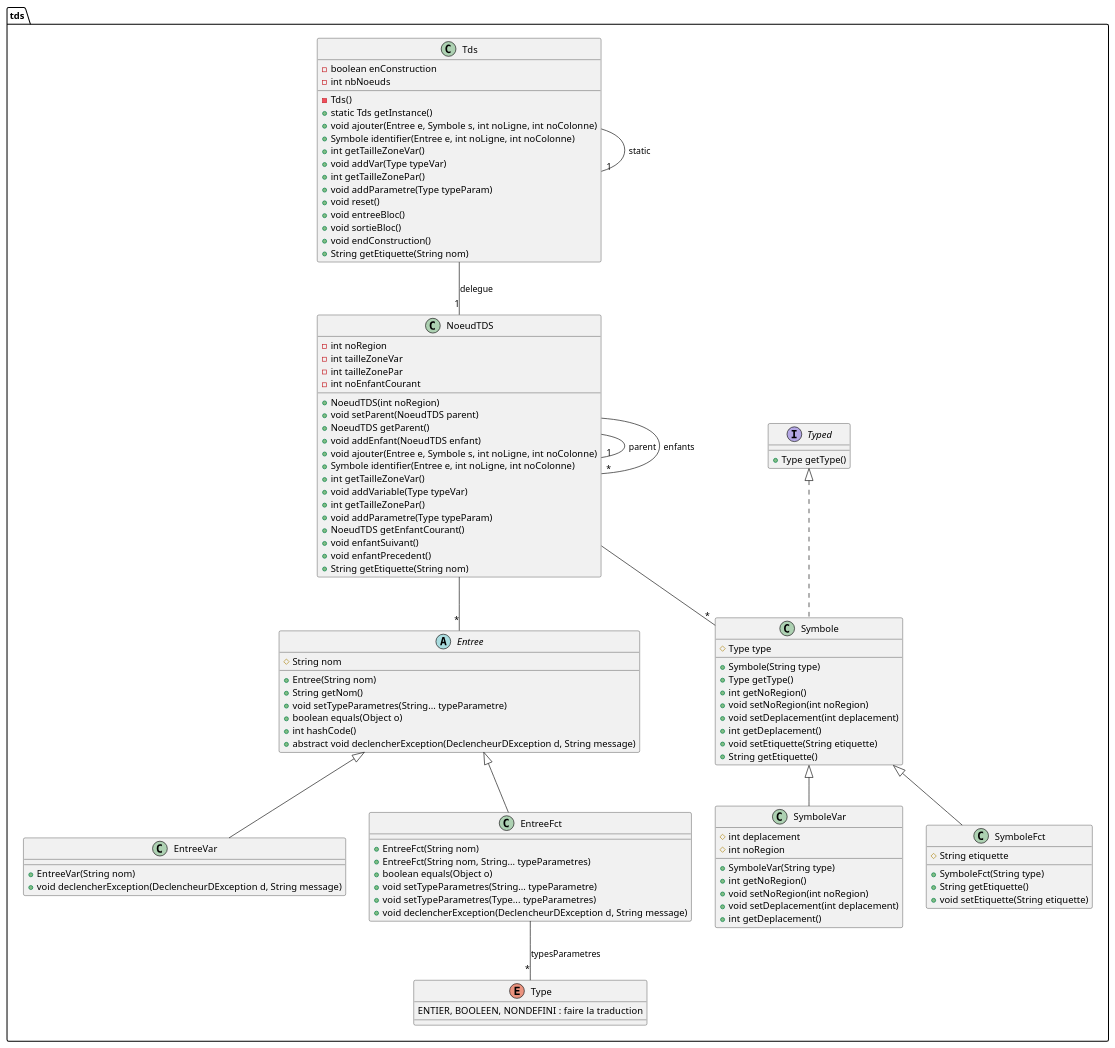
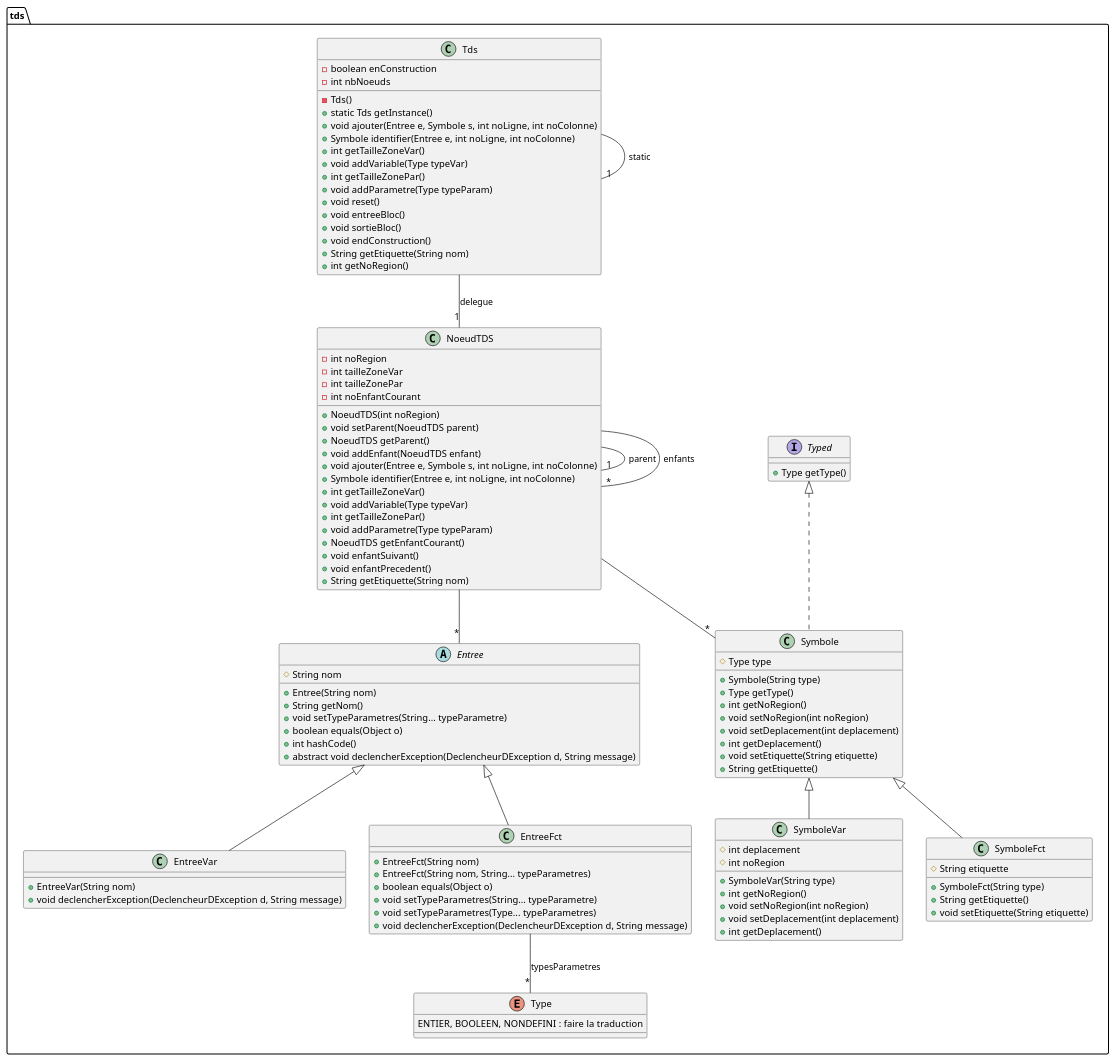
Before and after one commit to wehddn/L3-Compilation-Projet: the diagram in src/Diagrammes/tds.puml, drawn with PlantUML. The commit also changed 6 other files, not shown here.

Commit message:
Implementation du diagramme de classe - Modification du diagramme de classe - Les noeudsTDS ont maintenant les bons numéros de bloc - Changement de version

```diff
--- a/src/Diagrammes/tds.puml
+++ b/src/Diagrammes/tds.puml
@@ -1,121 +1,122 @@
 @startuml
 together {
 	package tds {
 		together {
 
 			class Symbole implements Typed {
 				# Type type
 				+ Symbole(String type)
 				+ Type getType()
 				+ int getNoRegion()
 				+ void setNoRegion(int noRegion)
 				+ void setDeplacement(int deplacement)
 				+ int getDeplacement()
 				+ void setEtiquette(String etiquette)
 				+ String getEtiquette()
 			}
 
 			class SymboleVar extends Symbole {
 				# int deplacement
 				# int noRegion
 				+ SymboleVar(String type)
 				+ int getNoRegion()
 				+ void setNoRegion(int noRegion)
 				+ void setDeplacement(int deplacement)
 				+ int getDeplacement()
 			}
 
 			class SymboleFct extends Symbole {
 				# String etiquette
 				+ SymboleFct(String type)
 				+ String getEtiquette()
 				+ void setEtiquette(String etiquette)
 			}
 		}
 
 		together {
 			abstract class Entree {
 				# String nom
 				+ Entree(String nom)
 				+ String getNom()
 				+ void setTypeParametres(String... typeParametre)
 				+ boolean equals(Object o)
 				+ int hashCode()
 				+ abstract void declencherException(DeclencheurDException d, String message)
 			}
 
 			class EntreeVar extends Entree {
 				+ EntreeVar(String nom)
 				+ void declencherException(DeclencheurDException d, String message)
 			}
 
 			class EntreeFct extends Entree {
 				+ EntreeFct(String nom)
 				+ EntreeFct(String nom, String... typeParametres)
 				+ boolean equals(Object o)
 				+ void setTypeParametres(String... typeParametre)
 				+ void setTypeParametres(Type... typeParametres)
 				+ void declencherException(DeclencheurDException d, String message)
 			}
 			EntreeFct --"*" Type : typesParametres
 		}
 
 		together {
 			class Tds {
 				- boolean enConstruction
 				- int nbNoeuds
 				- Tds()
 				+ static Tds getInstance()
 				+ void ajouter(Entree e, Symbole s, int noLigne, int noColonne)
 				+ Symbole identifier(Entree e, int noLigne, int noColonne)
 				+ int getTailleZoneVar()
-				+ void addVar(Type typeVar)
+				+ void addVariable(Type typeVar)
 				+ int getTailleZonePar()
 				+ void addParametre(Type typeParam)
 				+ void reset()
 				+ void entreeBloc()
 				+ void sortieBloc()
 				+ void endConstruction()
 				+ String getEtiquette(String nom)
+				+ int getNoRegion()
 			}
 			Tds --"1" NoeudTDS : delegue
 			Tds --"1" Tds : static
 
 			class NoeudTDS {
 				- int noRegion
 				- int tailleZoneVar
 				- int tailleZonePar
 				- int noEnfantCourant
 				+ NoeudTDS(int noRegion)
 				+ void setParent(NoeudTDS parent)
 				+ NoeudTDS getParent()
 				+ void addEnfant(NoeudTDS enfant)
 				+ void ajouter(Entree e, Symbole s, int noLigne, int noColonne)
 				+ Symbole identifier(Entree e, int noLigne, int noColonne)
 				+ int getTailleZoneVar()
 				+ void addVariable(Type typeVar)
 				+ int getTailleZonePar()
 				+ void addParametre(Type typeParam)
 				+ NoeudTDS getEnfantCourant()
 				+ void enfantSuivant()
 				+ void enfantPrecedent()
 				+ String getEtiquette(String nom)
 			}
 			NoeudTDS --"*" Symbole
 			NoeudTDS --"*" Entree
 			NoeudTDS --"1" NoeudTDS : parent
 			NoeudTDS --"*" NoeudTDS : enfants
 		}
 
 		together {
 			enum Type {
 				ENTIER, BOOLEEN, NONDEFINI  : faire la traduction
 			}
 
 			Interface Typed {
 				+ Type getType()
 			}
 		}
 	}
 }
 @enduml
```
